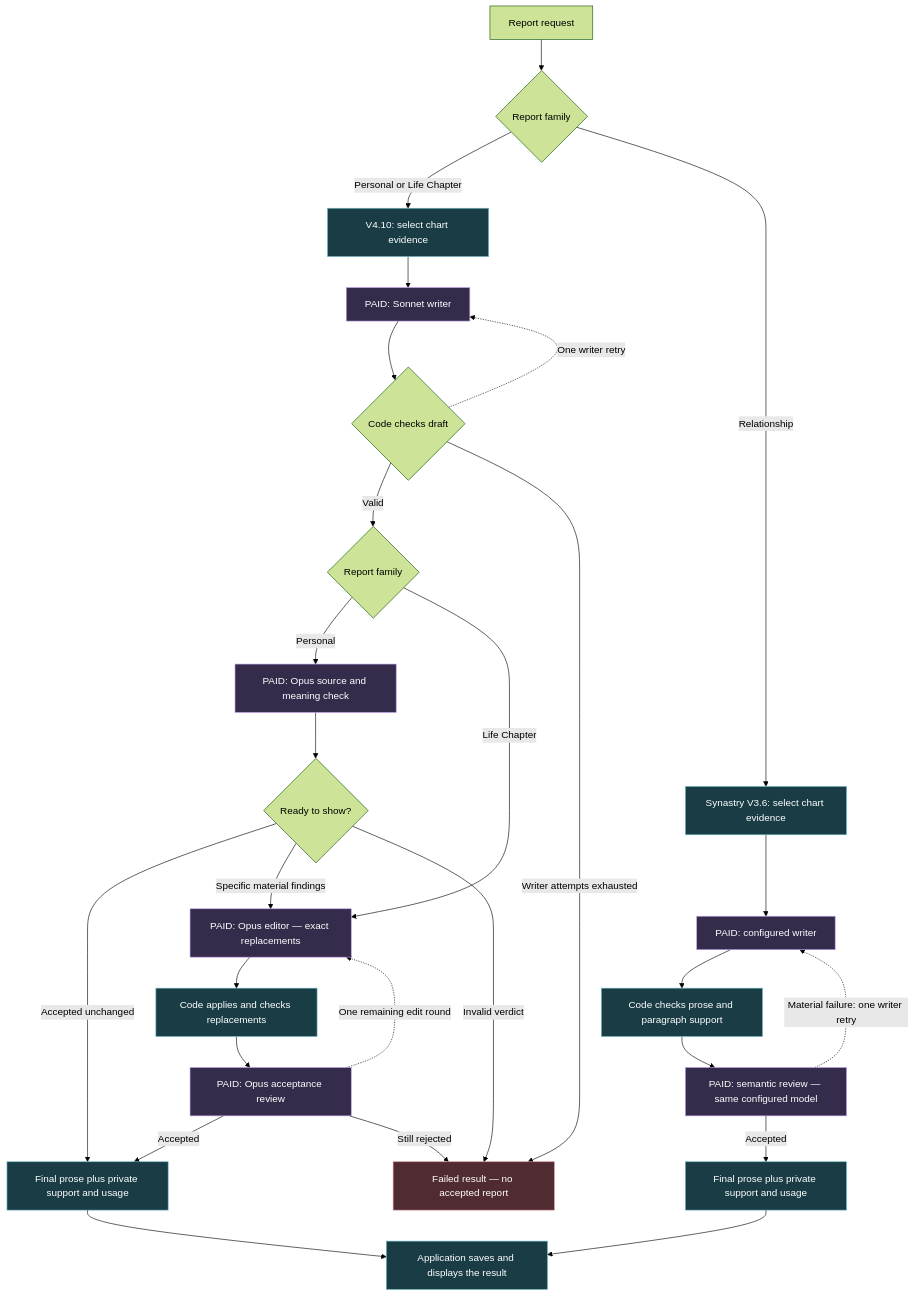
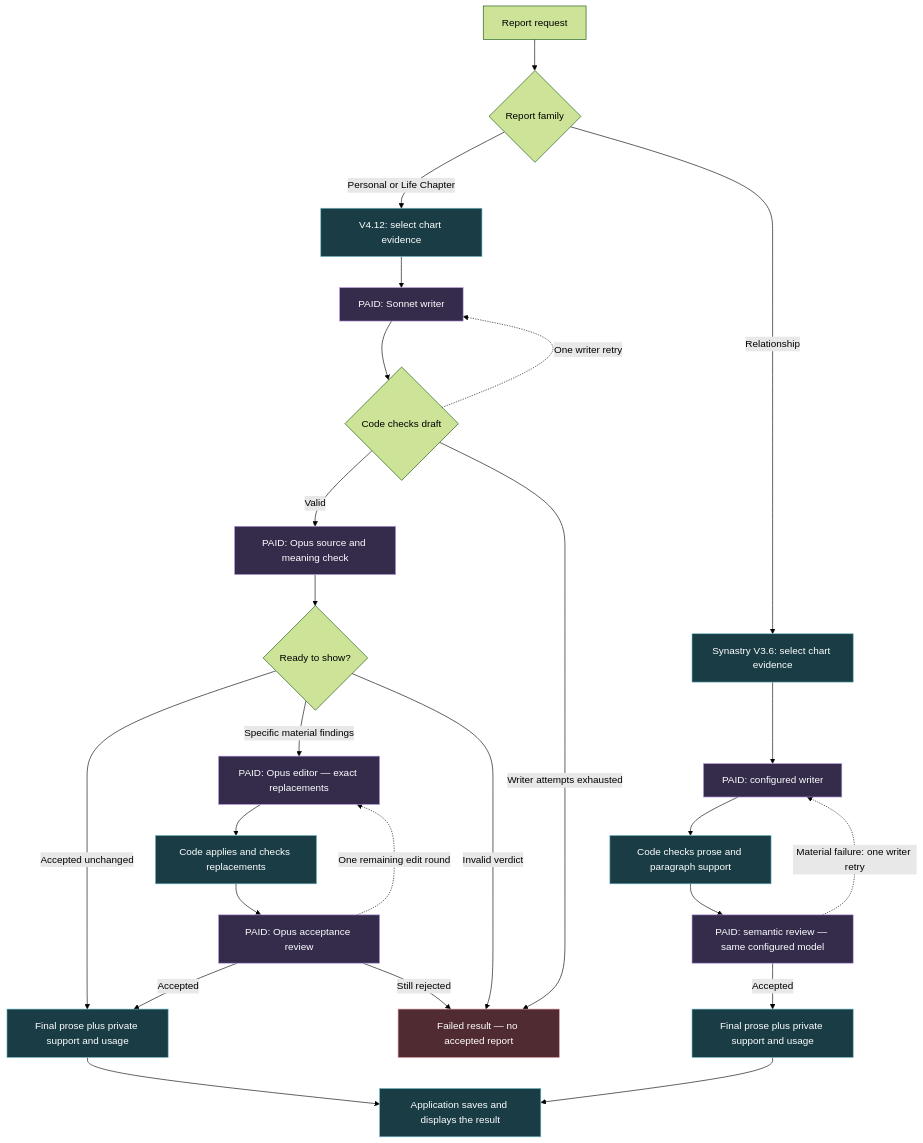
Before and after one commit to tonycecala/Astra: the first of 2 diagrams in docs/architecture/REPORT_WRITING_FLOW.md, drawn with Mermaid (forest theme). The commit also changed other lines of this file and 4 other files, not shown here.

Commit message:
Share conditional portrait editing and remove private-plan length retries

````diff
--- a/docs/architecture/REPORT_WRITING_FLOW.md
+++ b/docs/architecture/REPORT_WRITING_FLOW.md
@@ -11,42 +11,40 @@
 ```mermaid
 flowchart TD
     R["Report request"] --> T{"Report family"}
-    T -->|Personal or Life Chapter| P["V4.10: select chart evidence"]
+    T -->|Personal or Life Chapter| P["V4.12: select chart evidence"]
     P --> W["PAID: Sonnet writer"]
     W --> C{"Code checks draft"}
-    C -->|Valid| K{"Report family"}
-    K -->|Personal| G0["PAID: Opus source and meaning check"]
+    C -->|Valid| G0["PAID: Opus source and meaning check"]
     G0 --> Q{"Ready to show?"}
     Q -->|Accepted unchanged| O["Final prose plus private support and usage"]
     Q -->|Specific material findings| E["PAID: Opus editor — exact replacements"]
     Q -->|Invalid verdict| F["Failed result — no accepted report"]
-    K -->|Life Chapter| E
     C -.->|One writer retry| W
     C -->|Writer attempts exhausted| F["Failed result — no accepted report"]
     E --> A["Code applies and checks replacements"]
     A --> G["PAID: Opus acceptance review"]
     G -->|Accepted| O
     G -.->|One remaining edit round| E
     G -->|Still rejected| F
     T -->|Relationship| S["Synastry V3.6: select chart evidence"]
     S --> SW["PAID: configured writer"]
     SW --> SC["Code checks prose and paragraph support"]
     SC --> SR["PAID: semantic review — same configured model"]
     SR -->|Accepted| SO["Final prose plus private support and usage"]
     SR -.->|Material failure: one writer retry| SW
     O --> V["Application saves and displays the result"]
     SO --> V
     click P "../../packages/astrology/src/index.ts" "Report dispatch and evidence selection"
     click W "../../packages/astrology/src/report/portraitsV4.ts" "V4 writer"
     click E "../../packages/astrology/src/report/portraitsV4.ts" "V4 editor"
     click G "../../packages/astrology/src/report/portraitsV4.ts" "V4 acceptance review"
-    click G0 "../../packages/astrology/src/report/portraitsV4.ts" "Personal review before editing"
+    click G0 "../../packages/astrology/src/report/portraitsV4.ts" "Portrait review before editing"
     click SW "../../packages/astrology/src/report/synastryV3.ts" "Synastry writer and review prompts"
     click SR "../../packages/astrology/src/index.ts" "Synastry orchestration"
     classDef paid fill:#352b4b,stroke:#be9fea,color:#fff
     classDef code fill:#193c45,stroke:#72bdc9,color:#fff
     classDef failure fill:#512b32,stroke:#d8939e,color:#fff
     class W,E,G,G0,SW,SR paid
     class P,A,S,SC,O,SO,V code
     class F failure
 ```
````
